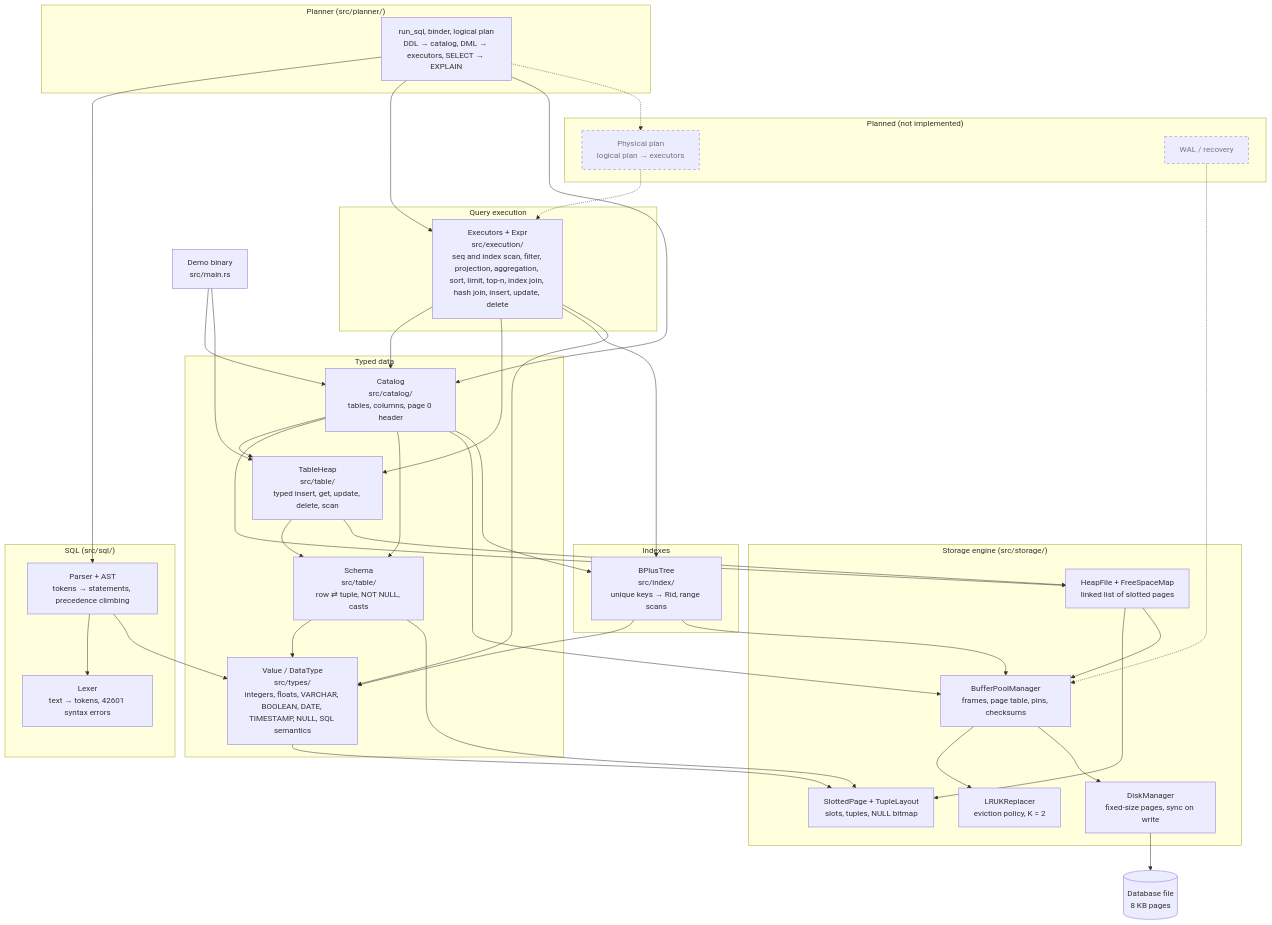
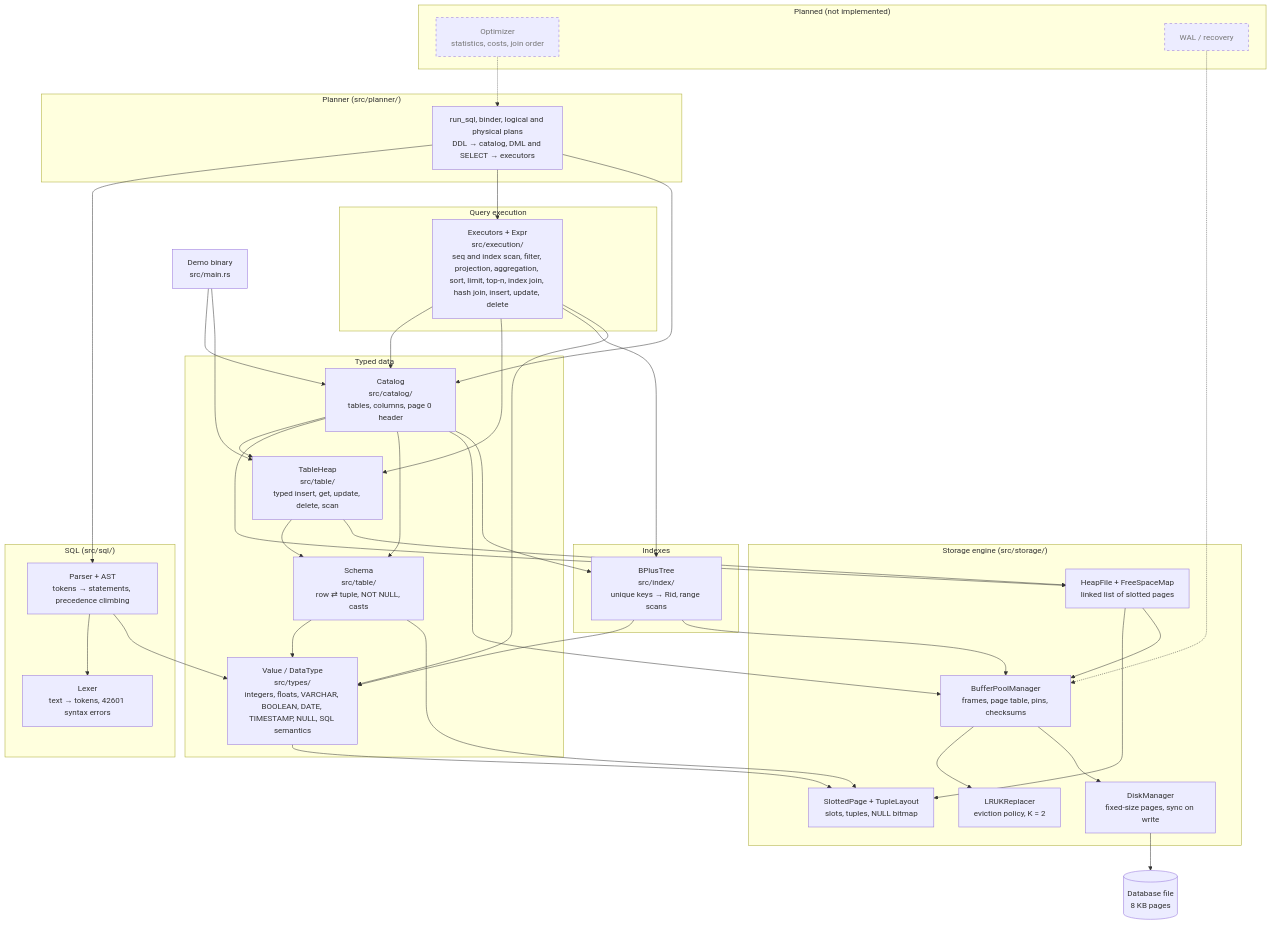
One commit to RodrigoGrz/ferro-db changed the diagram in docs/architecture.md. Above: the diagram before and after it, drawn with Mermaid. The commit also changed other lines of this file and 18 other files, not shown here.

First line of the commit message:
feat/physical-plan-and-select

````diff
--- a/docs/architecture.md
+++ b/docs/architecture.md
@@ -9,78 +9,77 @@
 ```mermaid
 flowchart TD
     demo["Demo binary<br/>src/main.rs"]
 
     subgraph upper["Typed data"]
         catalog["Catalog<br/>src/catalog/<br/>tables, columns, page 0 header"]
         tableheap["TableHeap<br/>src/table/<br/>typed insert, get, update, delete, scan"]
         schema["Schema<br/>src/table/<br/>row ⇄ tuple, NOT NULL, casts"]
         types["Value / DataType<br/>src/types/<br/>integers, floats, VARCHAR, BOOLEAN, DATE, TIMESTAMP, NULL, SQL semantics"]
     end
 
     subgraph indexes["Indexes"]
         btree["BPlusTree<br/>src/index/<br/>unique keys → Rid, range scans"]
     end
 
     subgraph sql["SQL (src/sql/)"]
         lexer["Lexer<br/>text → tokens, 42601 syntax errors"]
         parser["Parser + AST<br/>tokens → statements, precedence climbing"]
     end
 
     subgraph planning["Planner (src/planner/)"]
-        planner["run_sql, binder, logical plan<br/>DDL → catalog, DML → executors, SELECT → EXPLAIN"]
+        planner["run_sql, binder, logical and physical plans<br/>DDL → catalog, DML and SELECT → executors"]
     end
 
     subgraph execution["Query execution"]
         exec["Executors + Expr<br/>src/execution/<br/>seq and index scan, filter, projection, aggregation, sort, limit, top-n, index join, hash join, insert, update, delete"]
     end
 
     subgraph storage["Storage engine (src/storage/)"]
         heap["HeapFile + FreeSpaceMap<br/>linked list of slotted pages"]
         slotted["SlottedPage + TupleLayout<br/>slots, tuples, NULL bitmap"]
         bpm["BufferPoolManager<br/>frames, page table, pins, checksums"]
         replacer["LRUKReplacer<br/>eviction policy, K = 2"]
         disk["DiskManager<br/>fixed-size pages, sync on write"]
     end
 
     file[("Database file<br/>8 KB pages")]
 
     demo --> catalog
     demo --> tableheap
     parser --> lexer
     planner --> parser
     planner --> exec
     planner --> catalog
     parser --> types
     exec --> catalog
     exec --> tableheap
     exec --> btree
     exec --> types
     catalog --> tableheap
     catalog --> heap
     catalog --> schema
     tableheap --> schema
     tableheap --> heap
     schema --> types
     schema --> slotted
     types --> slotted
     heap --> slotted
     heap --> bpm
     catalog --> bpm
     catalog --> btree
     btree --> types
     btree --> bpm
     bpm --> replacer
     bpm --> disk
     disk --> file
 
     subgraph planned["Planned (not implemented)"]
-        physical["Physical plan<br/>logical plan → executors"]
+        optimizer["Optimizer<br/>statistics, costs, join order"]
         wal["WAL / recovery"]
     end
-    planner -.-> physical
-    physical -.-> exec
+    optimizer -.-> planner
     wal -.-> bpm
 
     classDef plannedNode stroke-dasharray: 5 5,color:#777
-    class physical,wal plannedNode
+    class optimizer,wal plannedNode
 ```
````
